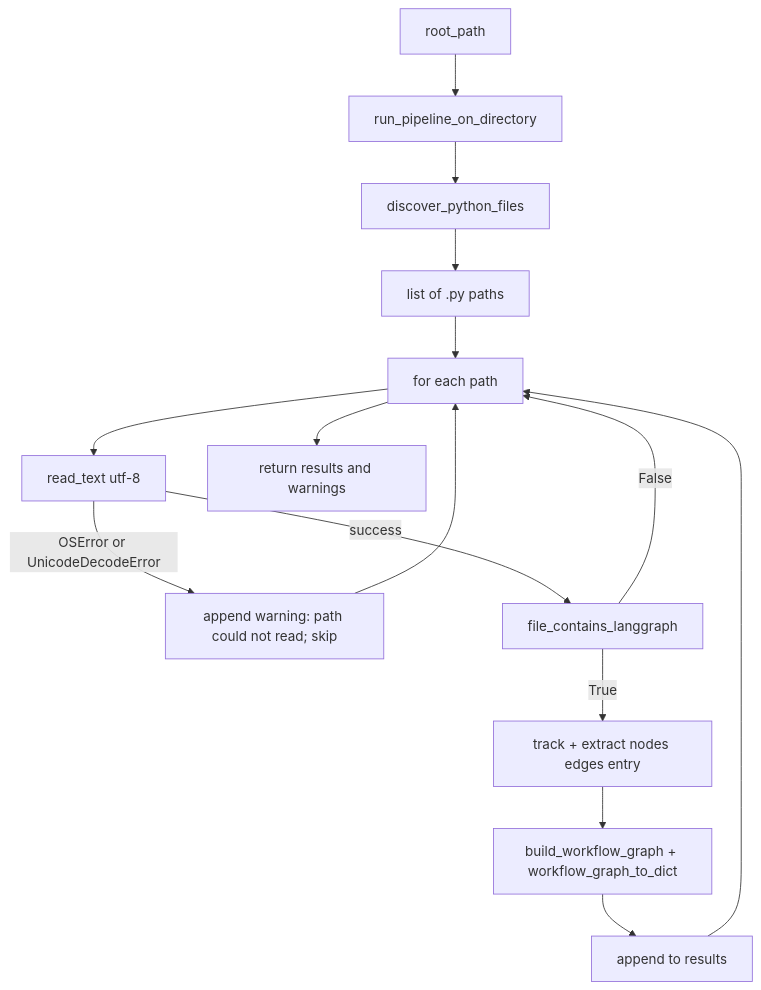
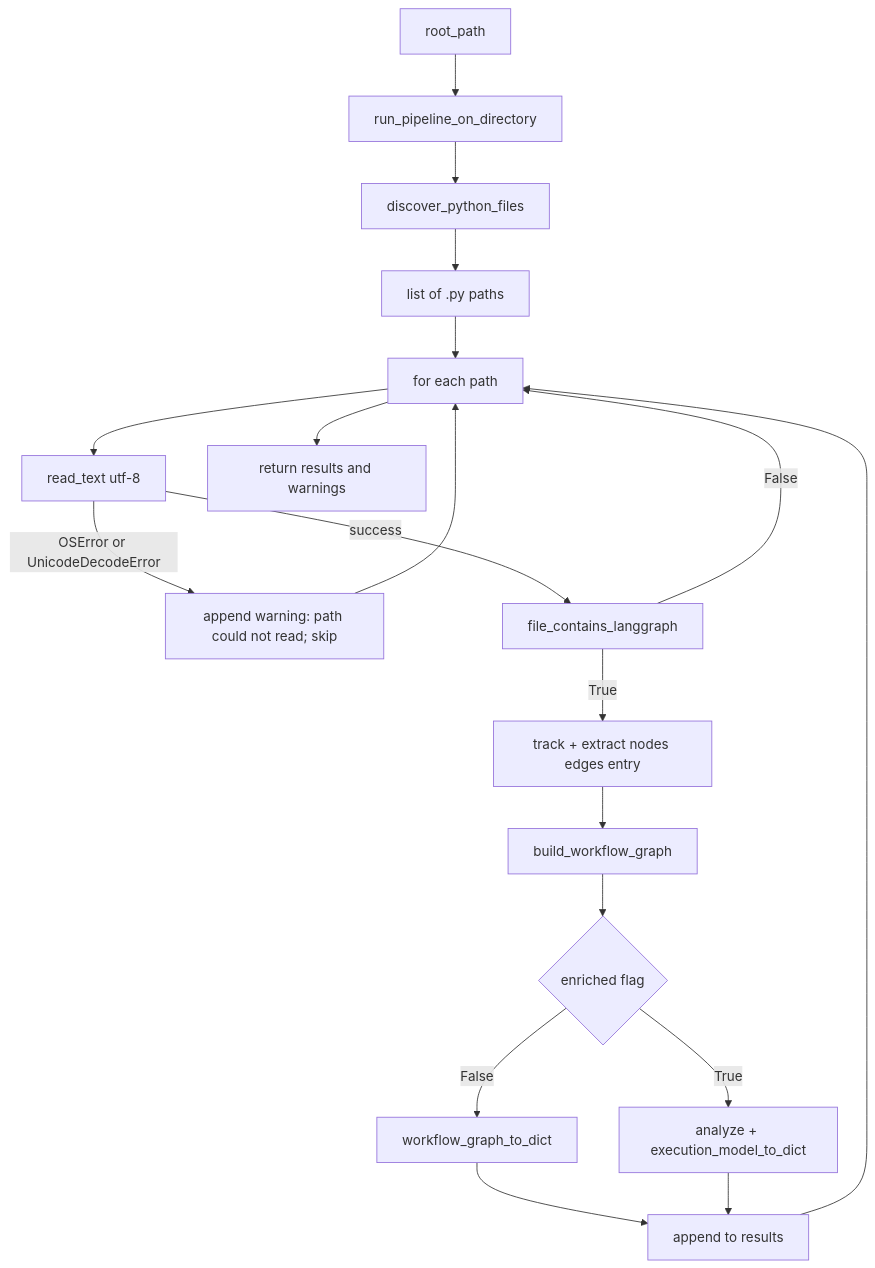
One commit to xZiro-Lab/Noctyl changed the ninth of 11 diagrams in docs/flow-diagrams.md. Above: the diagram before and after it, drawn with Mermaid. The commit also changed other lines of this file and 4 other files, not shown here.

````diff
--- a/docs/flow-diagrams.md
+++ b/docs/flow-diagrams.md
@@ -243,17 +243,21 @@
 ```mermaid
 flowchart TB
   Root[root_path] --> Runner[run_pipeline_on_directory]
   Runner --> Discover[discover_python_files]
   Discover --> Paths[list of .py paths]
   Paths --> Loop[for each path]
   Loop --> Read[read_text utf-8]
   Read -->|OSError or UnicodeDecodeError| WarnSkip["append warning: path could not read; skip"]
   WarnSkip --> Loop
   Read -->|success| HasLangGraph[file_contains_langgraph]
   HasLangGraph -->|False| Loop
   HasLangGraph -->|True| Ingest[track + extract nodes edges entry]
-  Ingest --> Build[build_workflow_graph + workflow_graph_to_dict]
-  Build --> Append[append to results]
+  Ingest --> Build[build_workflow_graph]
+  Build --> Choice{enriched flag}
+  Choice -->|False| Base[workflow_graph_to_dict]
+  Choice -->|True| Analyze[analyze + execution_model_to_dict]
+  Base --> Append[append to results]
+  Analyze --> Append
   Append --> Loop
   Loop --> Done[return results and warnings]
 ```
````
